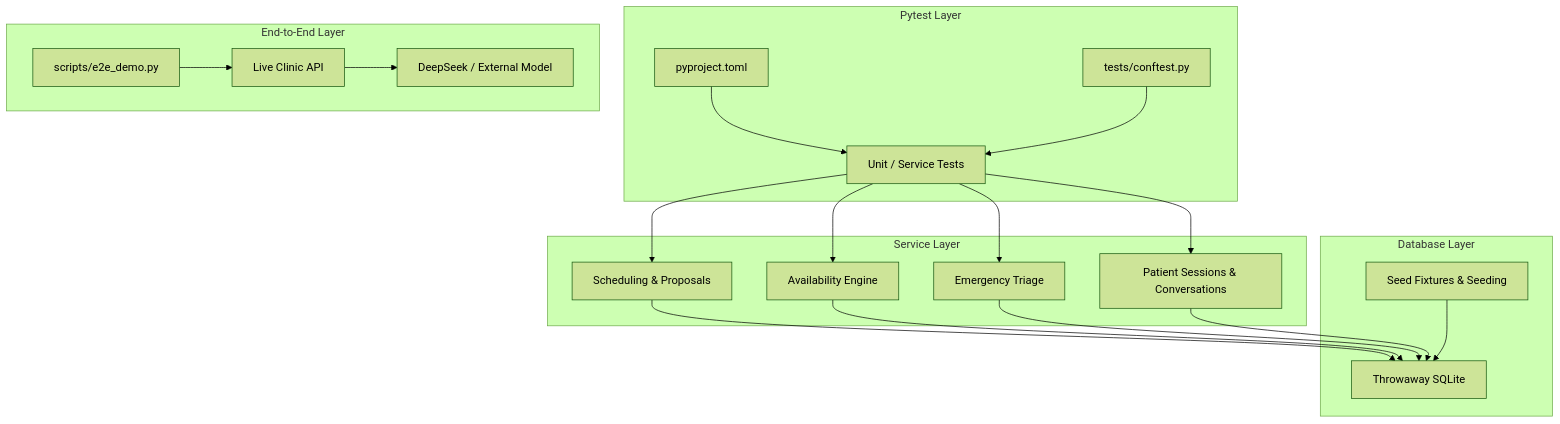
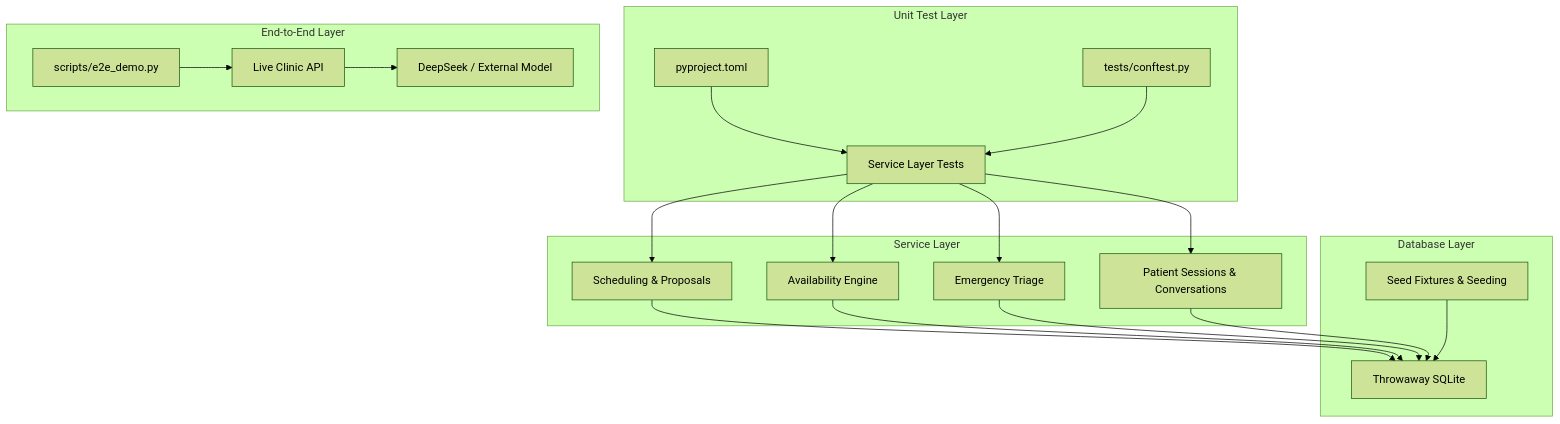
One commit to gokulkaarthicks/dental-chatbot changed the second of 11 diagrams in .qoder/repowiki/en/content/Testing Strategy.md. Above: the diagram before and after it, drawn with Mermaid (forest theme). The commit also changed other lines of this file and 280 other files, not shown here.

````diff
--- a/.qoder/repowiki/en/content/Testing Strategy.md
+++ b/.qoder/repowiki/en/content/Testing Strategy.md
@@ -110,36 +126,36 @@
 ```mermaid
 graph TB
-subgraph "Pytest Layer"
+subgraph "Unit Test Layer"
 Config["pyproject.toml"]
 Shared["tests/conftest.py"]
-UnitTests["Unit / Service Tests"]
+UnitTests["Service Layer Tests"]
 end
 subgraph "Service Layer"
 Scheduling["Scheduling & Proposals"]
 Availability["Availability Engine"]
 Emergency["Emergency Triage"]
 Demographics["Patient Sessions & Conversations"]
 end
 subgraph "Database Layer"
 SQLite["Throwaway SQLite"]
 Seed["Seed Fixtures & Seeding"]
 end
 subgraph "End-to-End Layer"
 Harness["scripts/e2e_demo.py"]
 API["Live Clinic API"]
 Model["DeepSeek / External Model"]
 end
 Config --> UnitTests
 Shared --> UnitTests
 UnitTests --> Scheduling
 UnitTests --> Availability
 UnitTests --> Emergency
 UnitTests --> Demographics
 Scheduling --> SQLite
 Availability --> SQLite
 Emergency --> SQLite
 Demographics --> SQLite
 Seed --> SQLite
 Harness --> API
 API --> Model
 ```
````
